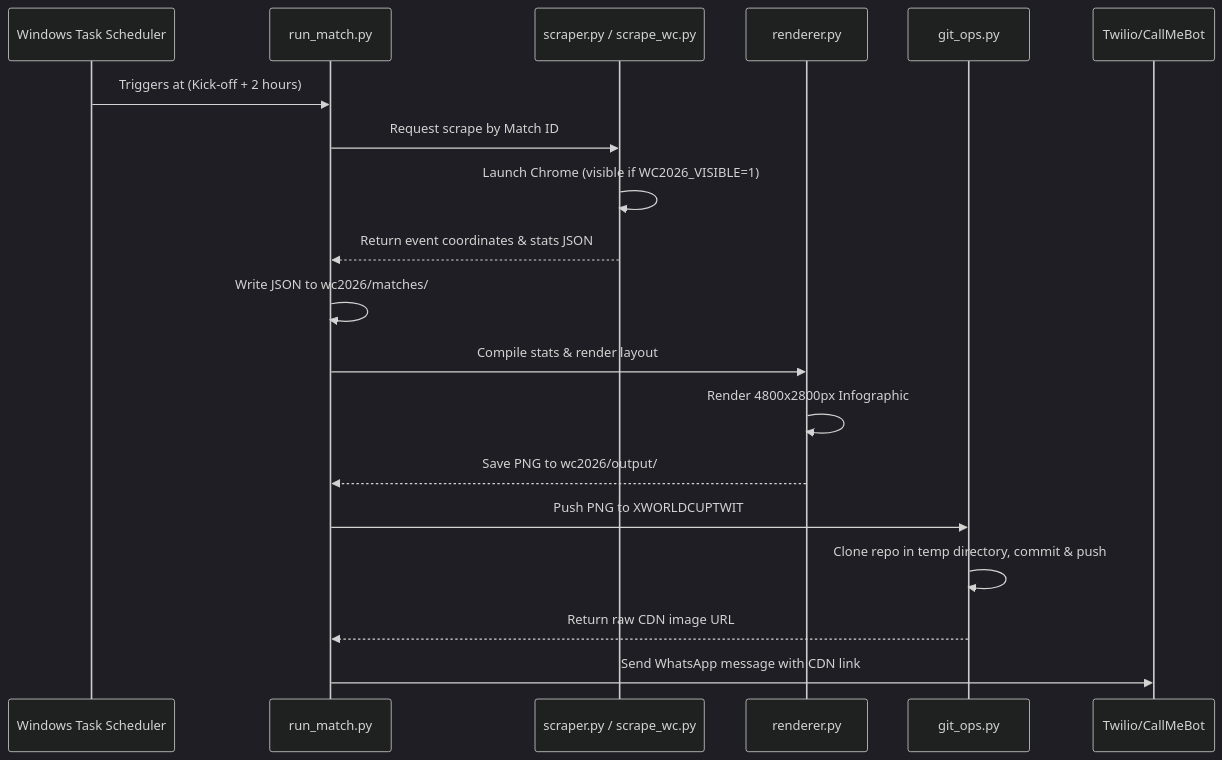
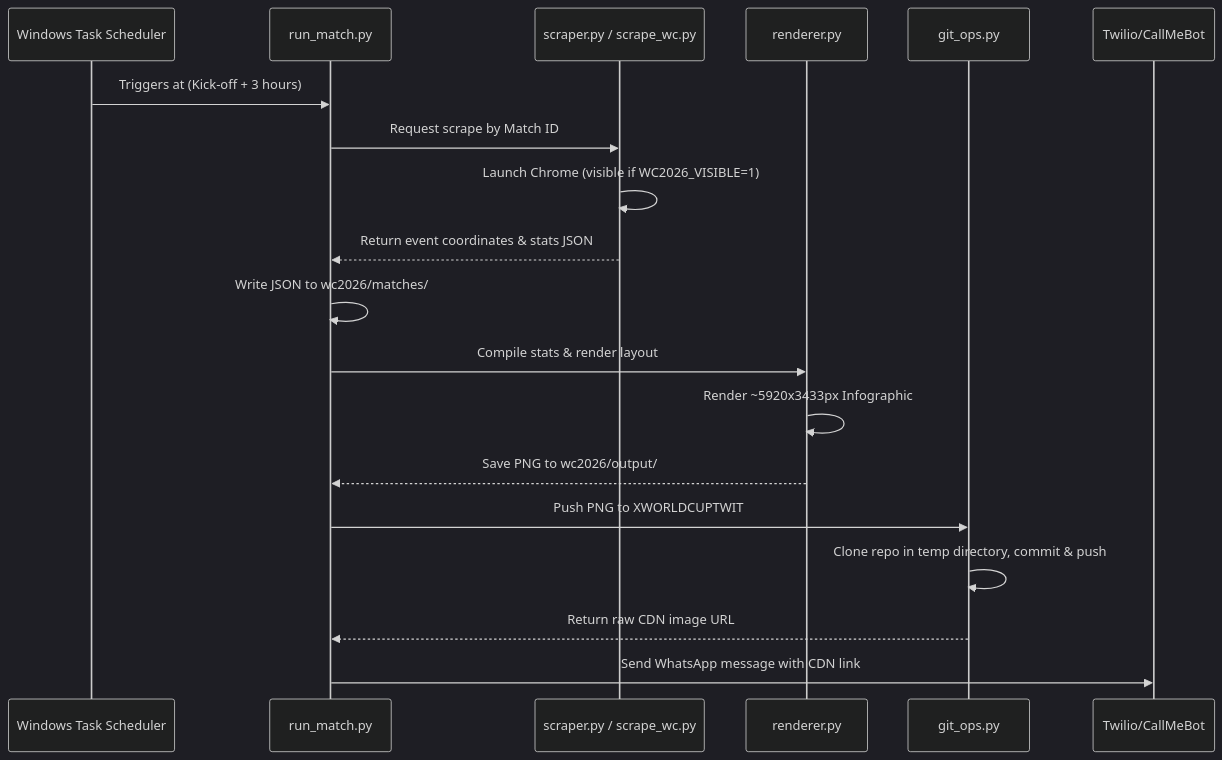
The diagram in MIGRATION_AND_DEVELOPER_DOCS.md (RShiri/XWORLDCUPTWIT), drawn with Mermaid (dark theme) before and after one commit. The commit also changed other lines of this file and 4 other files, not shown here.

````diff
--- a/MIGRATION_AND_DEVELOPER_DOCS.md
+++ b/MIGRATION_AND_DEVELOPER_DOCS.md
@@ -56,22 +81,22 @@
 ```mermaid
 sequenceDiagram
     participant Scheduler as Windows Task Scheduler
     participant CLI as run_match.py
     participant Scraper as scraper.py / scrape_wc.py
     participant Renderer as renderer.py
     participant Git as git_ops.py
     participant Alert as Twilio/CallMeBot
 
-    Scheduler->>CLI: Triggers at (Kick-off + 2 hours)
+    Scheduler->>CLI: Triggers at (Kick-off + 3 hours)
     CLI->>Scraper: Request scrape by Match ID
     Scraper->>Scraper: Launch Chrome (visible if WC2026_VISIBLE=1)
     Scraper-->>CLI: Return event coordinates & stats JSON
     CLI->>CLI: Write JSON to wc2026/matches/
     CLI->>Renderer: Compile stats & render layout
-    Renderer->>Renderer: Render 4800x2800px Infographic
+    Renderer->>Renderer: Render ~5920x3433px Infographic
     Renderer-->>CLI: Save PNG to wc2026/output/
     CLI->>Git: Push PNG to XWORLDCUPTWIT
     Git->>Git: Clone repo in temp directory, commit & push
     Git-->>CLI: Return raw CDN image URL
     CLI->>Alert: Send WhatsApp message with CDN link
 ```
````
